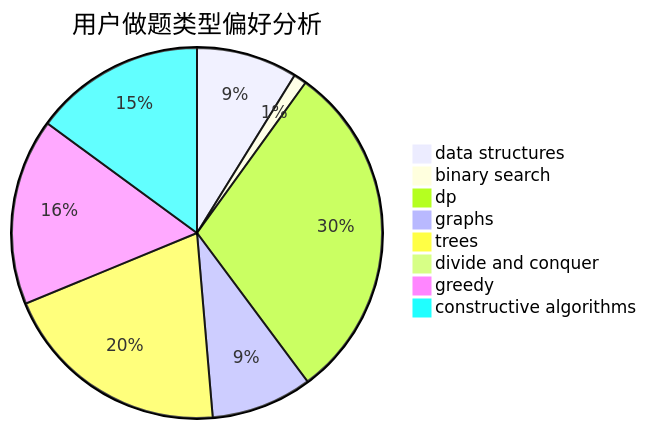
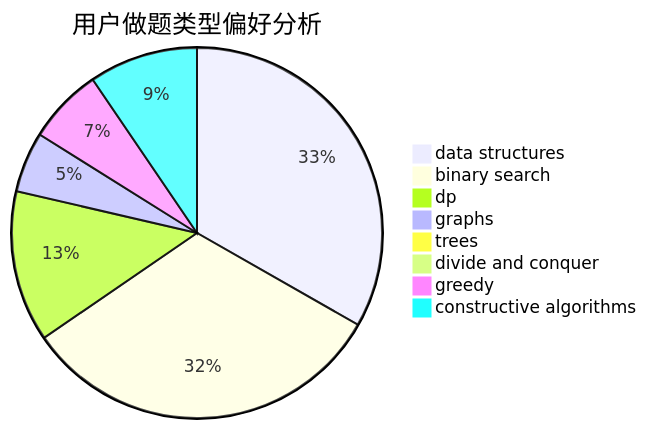
The second of 3 diagrams in docs/user/u1693.md (sherpahu/cfrs.github.io), drawn with Mermaid before and after one commit. The commit also changed other lines of this file and 2770 other files, not shown here.

````diff
--- a/docs/user/u1693.md
+++ b/docs/user/u1693.md
@@ -23,11 +23,11 @@
 ```mermaid
 pie title 用户做题类型偏好分析
-    "data structures" :  39
-    "binary search" :  5
-    "dp" :  132
-    "graphs" :  39
-    "trees" :  89
+    "data structures" :  126
+    "binary search" :  122
+    "dp" :  50
+    "graphs" :  20
+    "trees" :  2
     "divide and conquer" :  0
-    "greedy" :  72
-    "constructive algorithms" :  66
+    "greedy" :  25
+    "constructive algorithms" :  36
 ```
````
